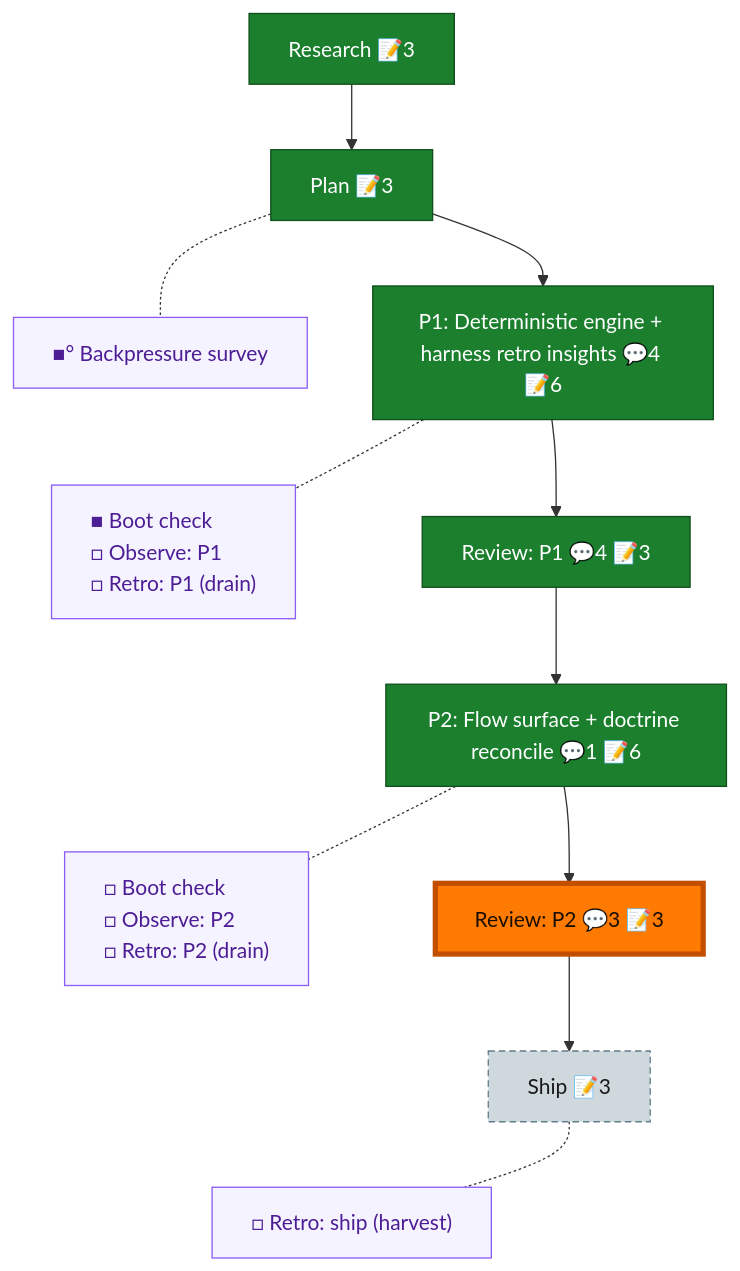
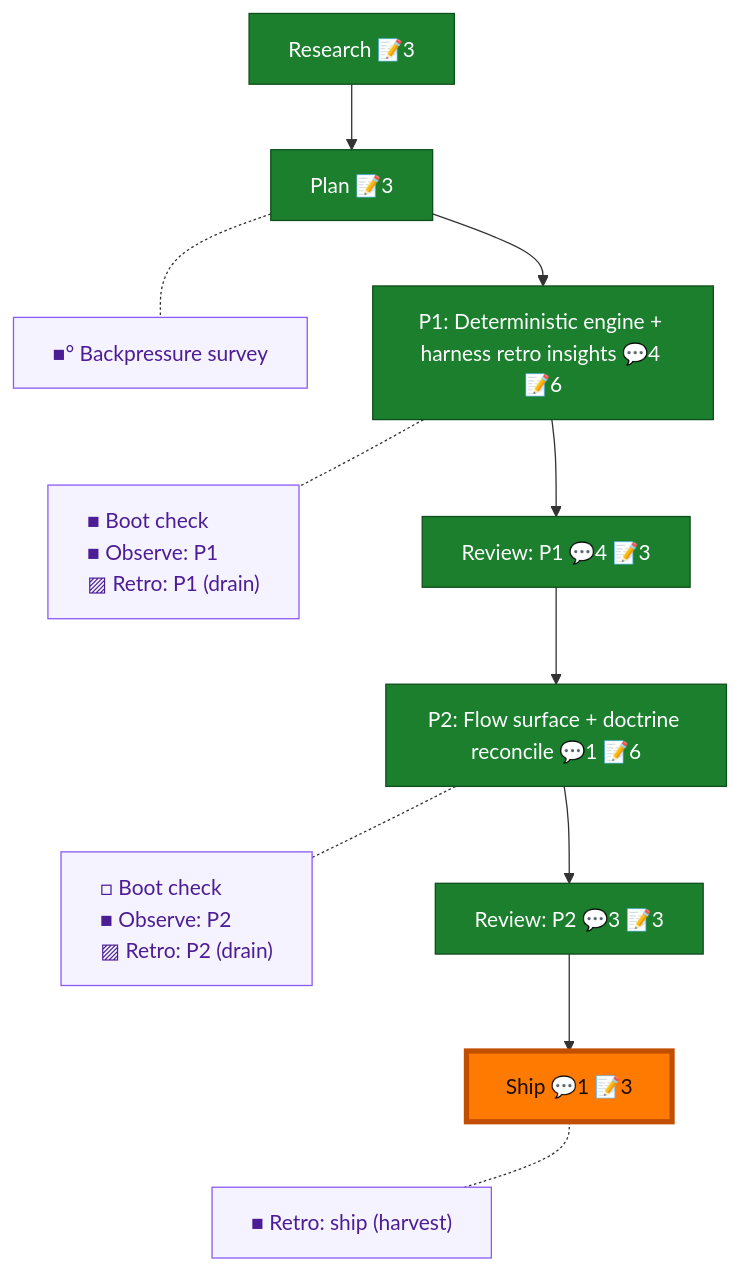
Before and after one commit to AI-Substrate/harness-engineering: the diagram in docs/plans/058-harness-retro-insights/the-flow.md, drawn with Mermaid. The commit also changed other lines of this file and 1 other file, not shown here.

Commit message:
chore(058): ship seam — PR #66 recorded on flow, rail terminal
Nav at ship (done); observe chores done (real captures), per-phase
drains honestly skipped (6 buffer entries pending a future drain),
ship harvest done (insights run + blind conformance PASS).

````diff
--- a/docs/plans/058-harness-retro-insights/the-flow.md
+++ b/docs/plans/058-harness-retro-insights/the-flow.md
@@ -8,32 +8,31 @@
 ```mermaid
 flowchart TD
     research["Research 📝3"]:::done
     plan["Plan 📝3"]:::done
     phase_1["P1: Deterministic engine + harness retro insights 💬4 📝6"]:::done
     review_1["Review: P1 💬4 📝3"]:::done
     phase_2["P2: Flow surface + doctrine reconcile 💬1 📝6"]:::done
     review_2["Review: P2 💬3 📝3"]:::done
-    ship["Ship 📝3"]:::assumed
+    ship["Ship 💬1 📝3"]:::done
 
     research --> plan --> phase_1 --> review_1 --> phase_2 --> review_2 --> ship
 
     planC["■° Backpressure survey"]:::chore
-    phase_1C["■ Boot check<br/>□ Observe: P1<br/>□ Retro: P1 (drain)"]:::chore
-    phase_2C["□ Boot check<br/>□ Observe: P2<br/>□ Retro: P2 (drain)"]:::chore
-    shipC["□ Retro: ship (harvest)"]:::chore
+    phase_1C["■ Boot check<br/>■ Observe: P1<br/>▨ Retro: P1 (drain)"]:::chore
+    phase_2C["□ Boot check<br/>■ Observe: P2<br/>▨ Retro: P2 (drain)"]:::chore
+    shipC["■ Retro: ship (harvest)"]:::chore
 
     %% invisible chain holds the gutter boxes in their own column
     planC ~~~ phase_1C ~~~ phase_2C ~~~ shipC
 
     %% dotted links pull each gutter box beside its node
     plan -.- planC
     phase_1 -.- phase_1C
     phase_2 -.- phase_2C
     ship -.- shipC
 
     classDef done fill:#1B7F2E,stroke:#0F4F1B,color:#fff;
-    classDef assumed fill:#CFD8DC,stroke:#607D8B,color:#1a1a1a,stroke-dasharray:5 3;
     classDef chore fill:#f5f3ff,stroke:#8b5cf6,color:#4c1d95,text-align:left;
     classDef current fill:#FF7A00,stroke:#C24E00,color:#1a0e00,stroke-width:4px;
-    class review_2 current;
+    class ship current;
 ```
````
